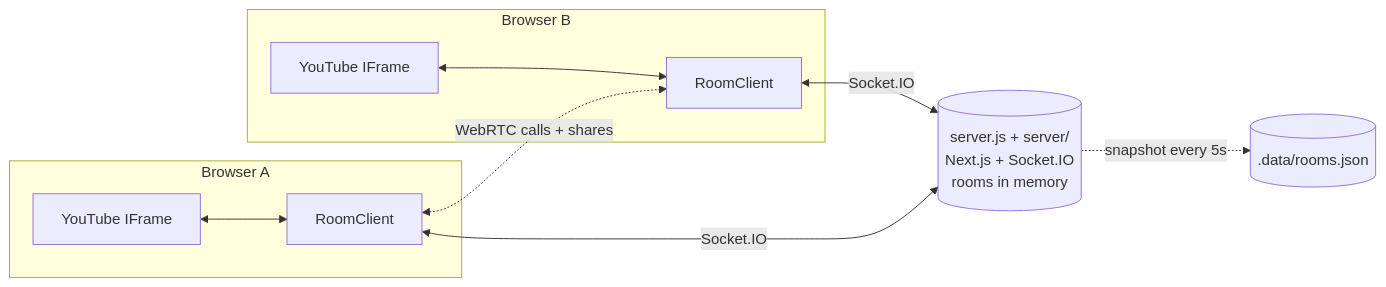
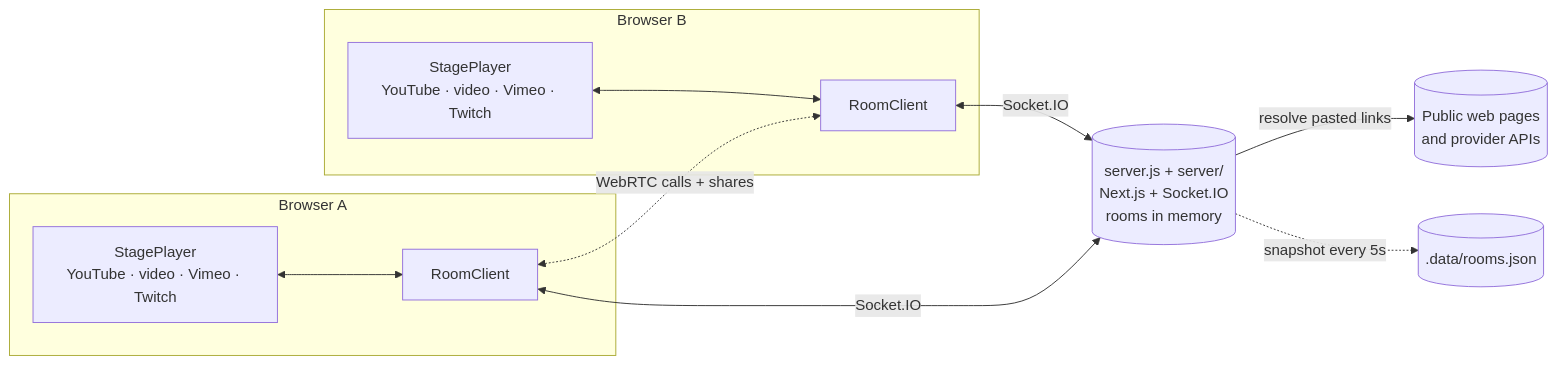
One commit to himanshudev28/playcircle changed the diagram in README.md. Above: the diagram before and after it, drawn with Mermaid. The commit also changed other lines of this file and 36 other files, not shown here.

````diff
--- a/README.md
+++ b/README.md
@@ -160,13 +193,14 @@
 ```mermaid
 flowchart LR
     subgraph Browser A
-        YA[YouTube IFrame] <--> RA[RoomClient]
+        YA[StagePlayer<br/>YouTube · video · Vimeo · Twitch] <--> RA[RoomClient]
     end
     subgraph Browser B
-        YB[YouTube IFrame] <--> RB[RoomClient]
+        YB[StagePlayer<br/>YouTube · video · Vimeo · Twitch] <--> RB[RoomClient]
     end
     RA <-- Socket.IO --> S[(server.js + server/<br/>Next.js + Socket.IO<br/>rooms in memory)]
     RB <-- Socket.IO --> S
     S -. snapshot every 5s .-> D[(.data/rooms.json)]
     RA <-. WebRTC calls + shares .-> RB
+    S -- resolve pasted links --> W[(Public web pages<br/>and provider APIs)]
 ```
````
